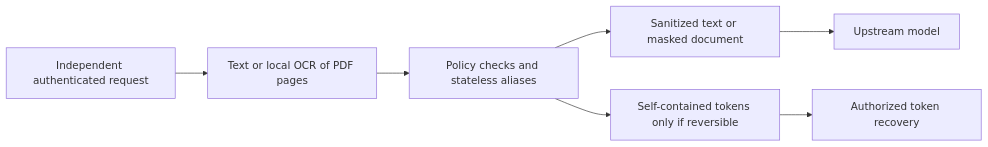
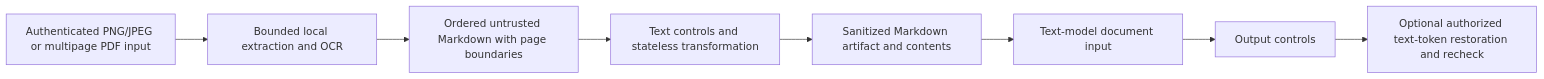
Before and after one commit to llama-lovers/FastFence: the diagram in docs/anonymization-plan.md, drawn with Mermaid. The commit also changed other lines of this file and 4 other files, not shown here.

Commit message:
docs: scope OCR to sanitized Markdown model input

````diff
--- a/docs/anonymization-plan.md
+++ b/docs/anonymization-plan.md
@@ -82,9 +118,10 @@
 ```mermaid
 flowchart LR
-    A[Independent authenticated request] --> B[Text or local OCR of PDF pages]
-    B --> C[Policy checks and stateless aliases]
-    C --> D[Sanitized text or masked document]
-    D --> E[Upstream model]
-    C --> F[Self-contained tokens only if reversible]
-    F --> G[Authorized token recovery]
+    A[Authenticated PNG/JPEG or multipage PDF input] --> B[Bounded local extraction and OCR]
+    B --> C[Ordered untrusted Markdown with page boundaries]
+    C --> D[Text controls and stateless transformation]
+    D --> E[Sanitized Markdown artifact and contents]
+    E --> F[Text-model document input]
+    F --> G[Output controls]
+    G --> H[Optional authorized text-token restoration and recheck]
 ```
````
